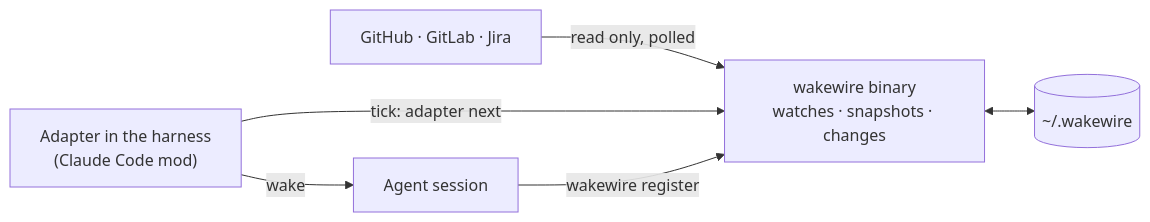
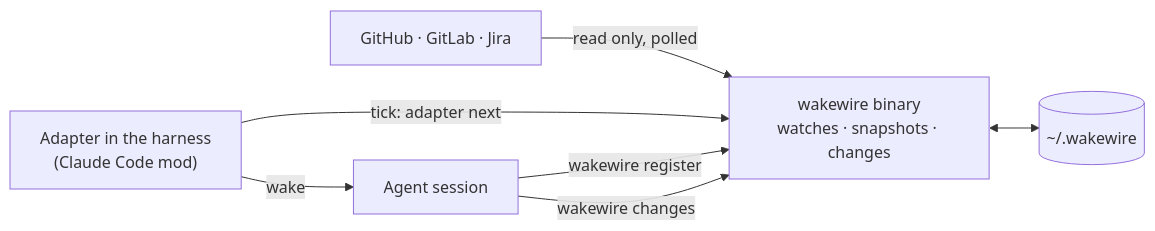
The diagram in README.md (gperezmz/wakewire), drawn with Mermaid before and after one commit. The commit also changed other lines of this file and 106 other files, not shown here.

````diff
--- a/README.md
+++ b/README.md
@@ -14,8 +14,9 @@
 ```mermaid
 flowchart LR
   Services["GitHub · GitLab · Jira"] -- "read only, polled" --> Binary["wakewire binary<br/>watches · snapshots · changes"]
   Binary <--> State[("~/.wakewire")]
   Adapter["Adapter in the harness<br/>(Claude Code mod)"] -- "tick: adapter next" --> Binary
   Adapter -- "wake" --> Session["Agent session"]
   Session -- "wakewire register" --> Binary
+  Session -- "wakewire changes" --> Binary
 ```
````
